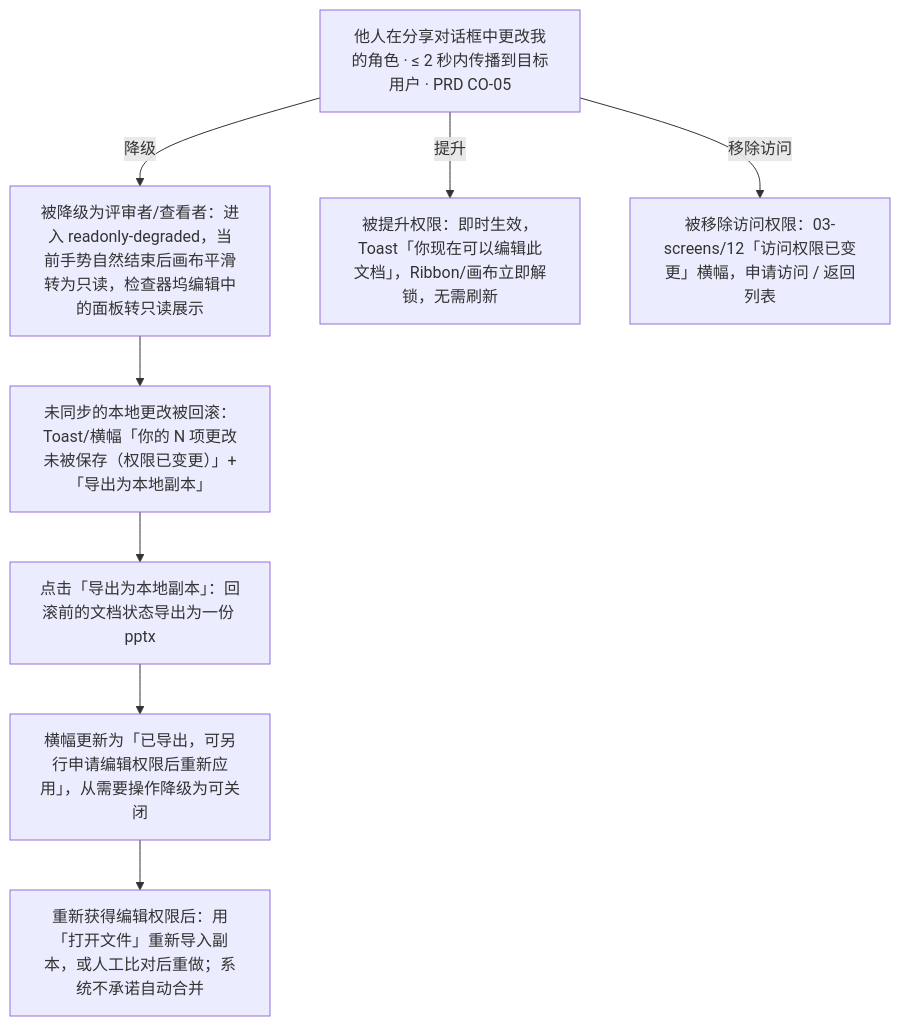
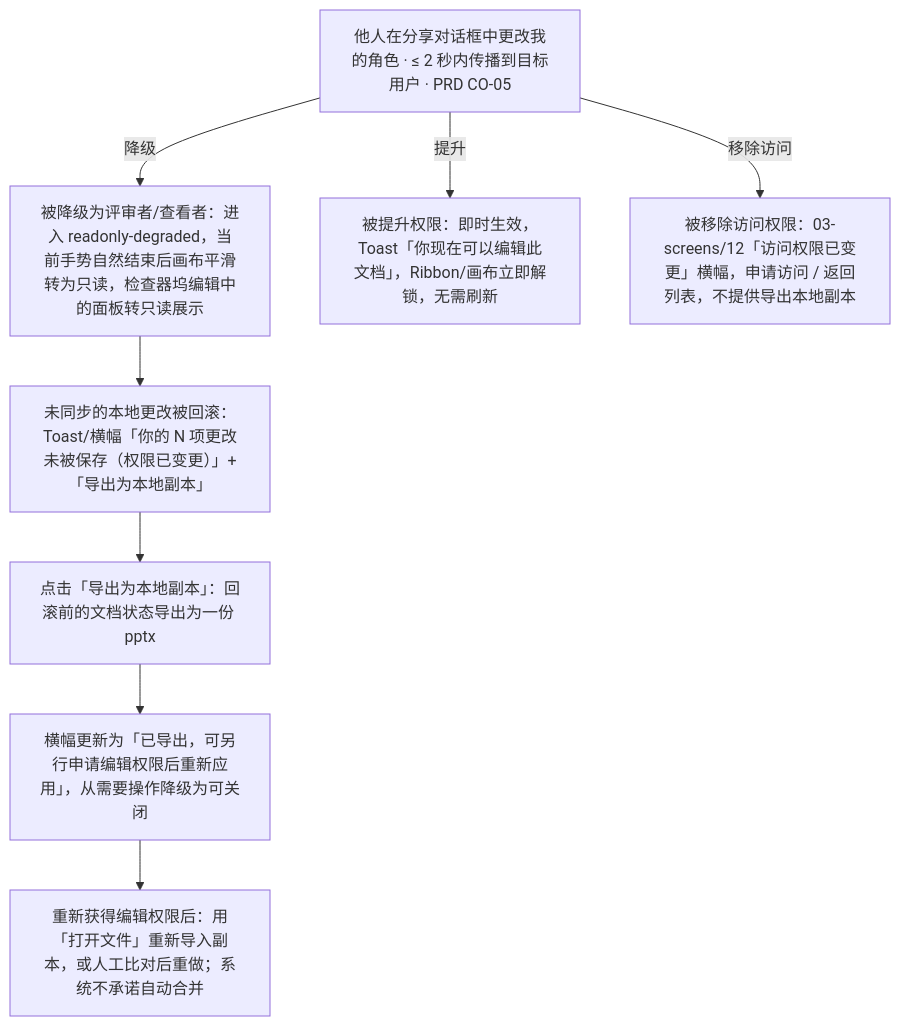
Before and after one commit to Xeonice/cordis-ppt-editor: the sixth of 6 diagrams in docs/20-design/05-collaboration-ux.md, drawn with Mermaid. The commit also changed other lines of this file and 79 other files, not shown here.

````diff
--- a/docs/20-design/05-collaboration-ux.md
+++ b/docs/20-design/05-collaboration-ux.md
@@ -240,14 +242,14 @@
 ```mermaid
 flowchart TB
   pEv["他人在分享对话框中更改我的角色 · ≤ 2 秒内传播到目标用户 · PRD CO-05"]
   pDown["被降级为评审者/查看者：进入 readonly-degraded，当前手势自然结束后画布平滑转为只读，检查器坞编辑中的面板转只读展示"]
   pRoll["未同步的本地更改被回滚：Toast/横幅「你的 N 项更改未被保存（权限已变更）」+「导出为本地副本」"]
   pExp["点击「导出为本地副本」：回滚前的文档状态导出为一份 pptx"]
   pDone["横幅更新为「已导出，可另行申请编辑权限后重新应用」，从需要操作降级为可关闭"]
   pLater["重新获得编辑权限后：用「打开文件」重新导入副本，或人工比对后重做；系统不承诺自动合并"]
   pUp["被提升权限：即时生效，Toast「你现在可以编辑此文档」，Ribbon/画布立即解锁，无需刷新"]
-  pRm["被移除访问权限：03-screens/12「访问权限已变更」横幅，申请访问 / 返回列表"]
+  pRm["被移除访问权限：03-screens/12「访问权限已变更」横幅，申请访问 / 返回列表，不提供导出本地副本"]
   pEv -->|"降级"| pDown --> pRoll --> pExp --> pDone --> pLater
   pEv -->|"提升"| pUp
   pEv -->|"移除访问"| pRm
 ```
````
